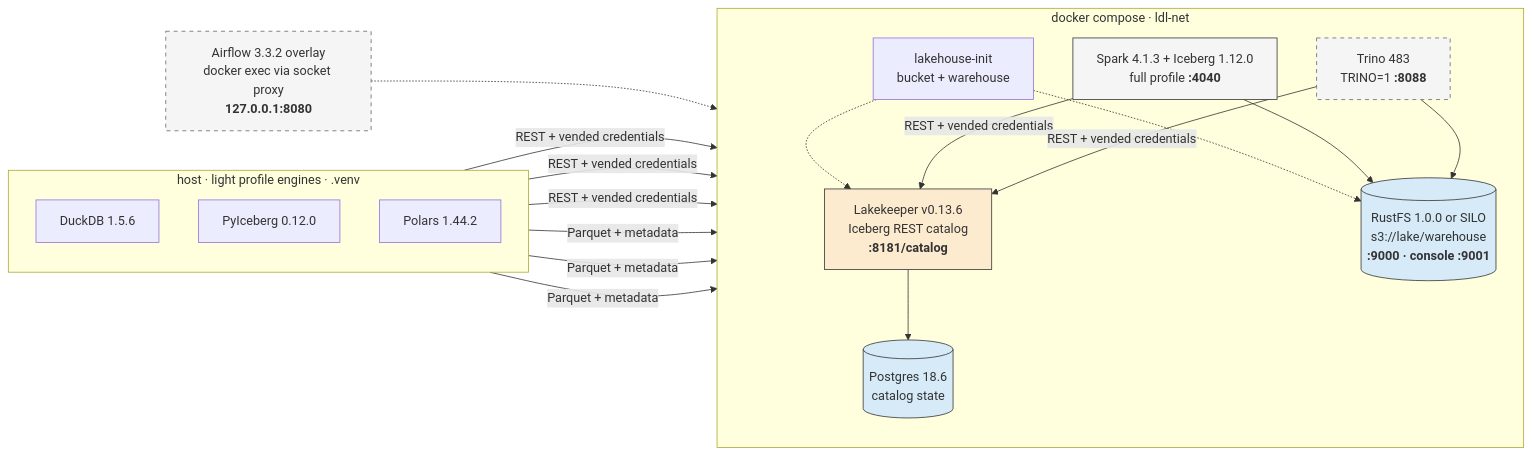
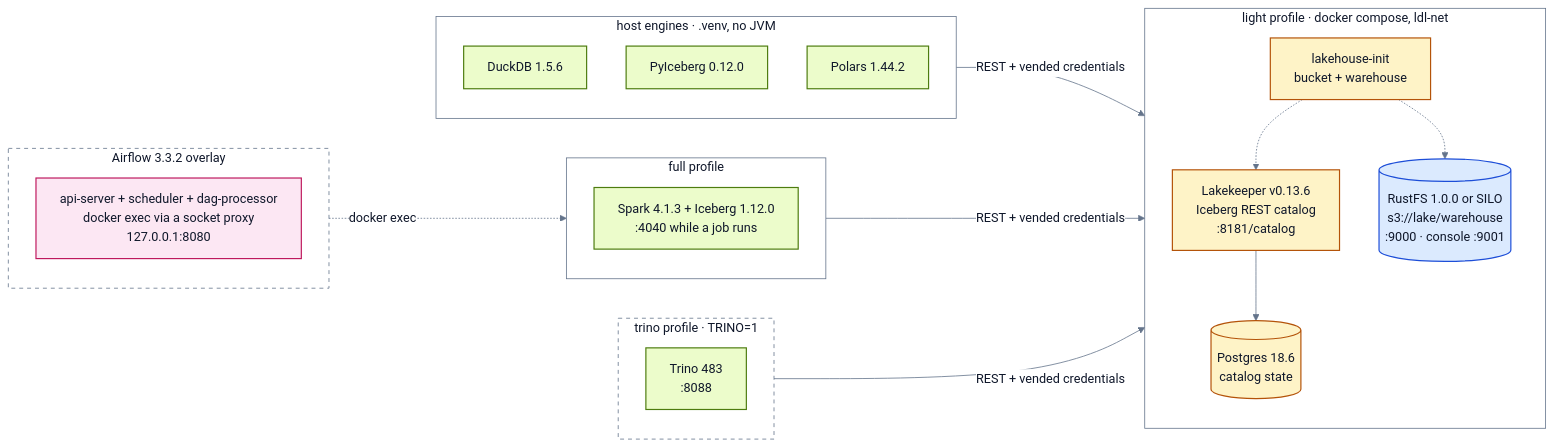
One commit to santoshshinde2012/local-data-lakehouse changed the first of 2 diagrams in README.md. Above: the diagram before and after it, drawn with Mermaid. The commit also changed other lines of this file and 41 other files, not shown here.

First line of the commit message:
docs: RESULTS.md and Mermaid diagrams on one palette (follow-up to #13) (#14)

````diff
--- a/README.md
+++ b/README.md
@@ -36,37 +40,48 @@
 ```mermaid
+%%{init: {"theme": "base", "flowchart": {"wrappingWidth": 360}, "themeVariables": {"primaryColor": "#CCFBF1", "primaryTextColor": "#0F172A", "primaryBorderColor": "#0F766E", "lineColor": "#64748B", "textColor": "#0F172A", "edgeLabelBackground": "#FFFFFF", "clusterBkg": "#FFFFFF", "clusterBorder": "#64748B", "titleColor": "#0F172A", "attributeBackgroundColorOdd": "#FFFFFF", "attributeBackgroundColorEven": "#F0FDFA", "relationColor": "#64748B", "relationLabelBackground": "#FFFFFF", "relationLabelColor": "#0F172A"}}}%%
 flowchart LR
-  subgraph HOST["host · light profile engines · .venv"]
+  subgraph HOSTP["host engines · .venv, no JVM"]
     direction TB
     DUCK["DuckDB 1.5.6"]
     PYI["PyIceberg 0.12.0"]
     POL["Polars 1.44.2"]
   end
-
-  subgraph STACK["docker compose · ldl-net"]
+  subgraph LIGHT["light profile · docker compose, ldl-net"]
     direction TB
-    LK["Lakekeeper v0.13.6<br/>Iceberg REST catalog<br/><b>:8181/catalog</b>"]
+    INIT["lakehouse-init<br/>bucket + warehouse"]
+    LK["Lakekeeper v0.13.6<br/>Iceberg REST catalog<br/>:8181/catalog"]
     PG[("Postgres 18.6<br/>catalog state")]
-    OS[("RustFS 1.0.0 or SILO<br/>s3://lake/warehouse<br/><b>:9000 · console :9001</b>")]
-    INIT["lakehouse-init<br/>bucket + warehouse"]
-    SP["Spark 4.1.3 + Iceberg 1.12.0<br/>full profile <b>:4040</b>"]
-    TR["Trino 483<br/>TRINO=1 <b>:8088</b>"]
+    OS[("RustFS 1.0.0 or SILO<br/>s3://lake/warehouse<br/>:9000 · console :9001")]
+    INIT -.-> LK
+    INIT -.-> OS
+    LK --> PG
+  end
+  subgraph FULL["full profile"]
+    SP["Spark 4.1.3 + Iceberg 1.12.0<br/>:4040 while a job runs"]
+  end
+  subgraph TRINOP["trino profile · TRINO=1"]
+    TR["Trino 483<br/>:8088"]
+  end
+  subgraph AIR["Airflow 3.3.2 overlay"]
+    AF["api-server + scheduler + dag-processor<br/>docker exec via a socket proxy<br/>127.0.0.1:8080"]
   end
 
-  AF["Airflow 3.3.2 overlay<br/>docker exec via socket proxy<br/><b>127.0.0.1:8080</b>"]
+  HOSTP -->|"REST + vended credentials"| LIGHT
+  FULL -->|"REST + vended credentials"| LIGHT
+  TRINOP -->|"REST + vended credentials"| LIGHT
+  AIR -.->|"docker exec"| FULL
 
-  LK --> PG
-  INIT -.-> OS
-  INIT -.-> LK
-  DUCK & PYI & POL -->|REST + vended credentials| LK
-  SP & TR -->|REST + vended credentials| LK
-  DUCK & PYI & POL -->|Parquet + metadata| OS
-  SP & TR --> OS
-  AF -.-> SP
-
-  style LK fill:#fdebd0,stroke:#333
-  style OS fill:#d6eaf8,stroke:#333
-  style PG fill:#d6eaf8,stroke:#333
-  style SP fill:#f5f5f5,stroke:#333
-  style TR fill:#f5f5f5,stroke:#666,stroke-dasharray: 5 5
-  style AF fill:#f5f5f5,stroke:#666,stroke-dasharray: 5 5
+  classDef storage fill:#DBEAFE,stroke:#1D4ED8,color:#0F172A,stroke-width:1.5px
+  classDef catalog fill:#FEF3C7,stroke:#B45309,color:#0F172A,stroke-width:1.5px
+  classDef compute fill:#ECFCCB,stroke:#4D7C0F,color:#0F172A,stroke-width:1.5px
+  classDef orchestration fill:#FCE7F3,stroke:#BE185D,color:#0F172A,stroke-width:1.5px
+  classDef graphlayer fill:#CCFBF1,stroke:#0F766E,color:#0F172A,stroke-width:1.5px
+  classDef consumer fill:#FFEDD5,stroke:#C2410C,color:#0F172A,stroke-width:1.5px
+  classDef data fill:#F1F5F9,stroke:#475569,color:#0F172A,stroke-width:1.5px
+  class OS storage
+  class LK,PG,INIT catalog
+  class DUCK,PYI,POL,SP,TR compute
+  class AF orchestration
+  style TRINOP stroke-dasharray:5 5
+  style AIR stroke-dasharray:5 5
 ```
````
